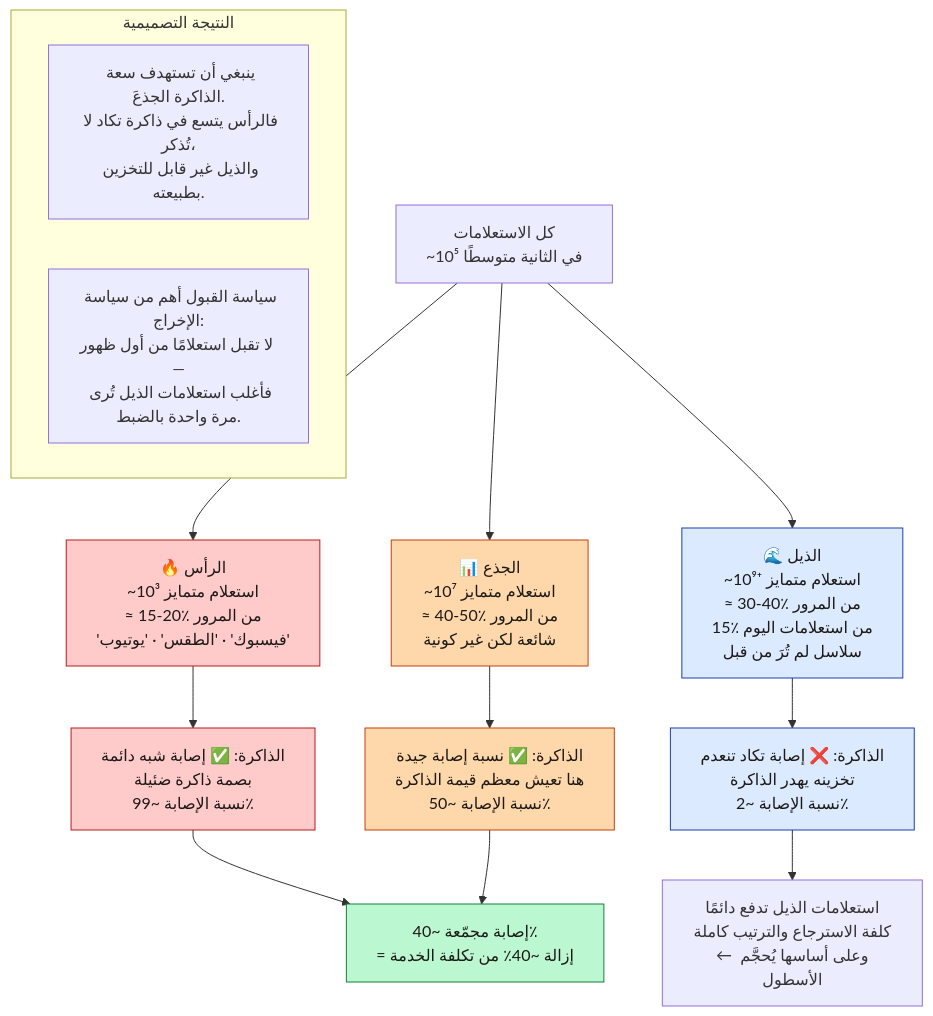
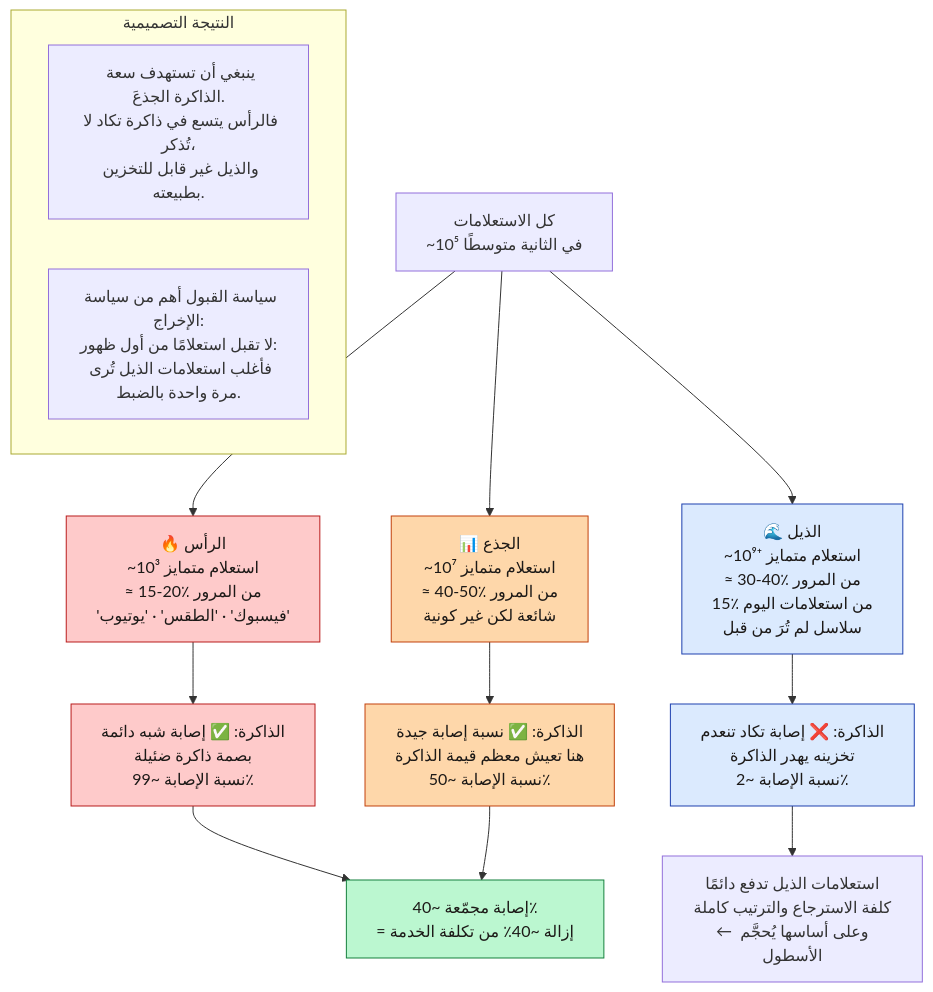
Before and after one commit to ahmedselimmansor-ctrl/google-search-system-design: the first of 4 diagrams in docs/ar/10-caching.md, drawn with Mermaid. The commit also changed other lines of this file and 89 other files, not shown here.

````diff
--- a/docs/ar/10-caching.md
+++ b/docs/ar/10-caching.md
@@ -31,29 +31,29 @@
 ```mermaid
 flowchart TB
     ALL["كل الاستعلامات<br/>~10⁵ في الثانية متوسطًا"]
 
     ALL --> HEAD["🔥 الرأس<br/>~10³ استعلام متمايز<br/>≈ 15-20٪ من المرور<br/>'فيسبوك' · 'الطقس' · 'يوتيوب'"]
     ALL --> TORSO["📊 الجذع<br/>~10⁷ استعلام متمايز<br/>≈ 40-50٪ من المرور<br/>شائعة لكن غير كونية"]
     ALL --> TAIL["🌊 الذيل<br/>~10⁹⁺ استعلام متمايز<br/>≈ 30-40٪ من المرور<br/>15٪ من استعلامات اليوم<br/>سلاسل لم تُرَ من قبل"]
 
     HEAD --> HC["الذاكرة: ✅ إصابة شبه دائمة<br/>بصمة ذاكرة ضئيلة<br/>نسبة الإصابة ~99٪"]
     TORSO --> TC["الذاكرة: ✅ نسبة إصابة جيدة<br/>هنا تعيش معظم قيمة الذاكرة<br/>نسبة الإصابة ~50٪"]
     TAIL --> TLC["الذاكرة: ❌ إصابة تكاد تنعدم<br/>تخزينه يهدر الذاكرة<br/>نسبة الإصابة ~2٪"]
 
     HC & TC --> SAVE["إصابة مجمّعة ~40٪<br/>= إزالة ~40٪ من تكلفة الخدمة"]
     TLC --> FULL["استعلامات الذيل تدفع دائمًا<br/>كلفة الاسترجاع والترتيب كاملة<br/>← وعلى أساسها يُحجَّم الأسطول"]
 
     subgraph INSIGHT["النتيجة التصميمية"]
         I1["ينبغي أن تستهدف سعة الذاكرة الجذعَ.<br/>فالرأس يتسع في ذاكرة تكاد لا تُذكر،<br/>والذيل غير قابل للتخزين بطبيعته."]
-        I2["سياسة القبول أهم من سياسة الإخراج:<br/>لا تقبل استعلامًا من أول ظهور —<br/>فأغلب استعلامات الذيل تُرى مرة واحدة بالضبط."]
+        I2["سياسة القبول أهم من سياسة الإخراج:<br/>لا تقبل استعلامًا من أول ظهور:<br/>فأغلب استعلامات الذيل تُرى مرة واحدة بالضبط."]
     end
 
     classDef head fill:#fecaca,stroke:#b91c1c,color:#1c1917
     classDef torso fill:#fed7aa,stroke:#c2410c,color:#1c1917
     classDef tail fill:#dbeafe,stroke:#1e40af,color:#1c1917
     classDef good fill:#bbf7d0,stroke:#15803d,color:#1c1917
     class HEAD,HC head
     class TORSO,TC torso
     class TAIL,TLC tail
     class SAVE good
 ```
````
